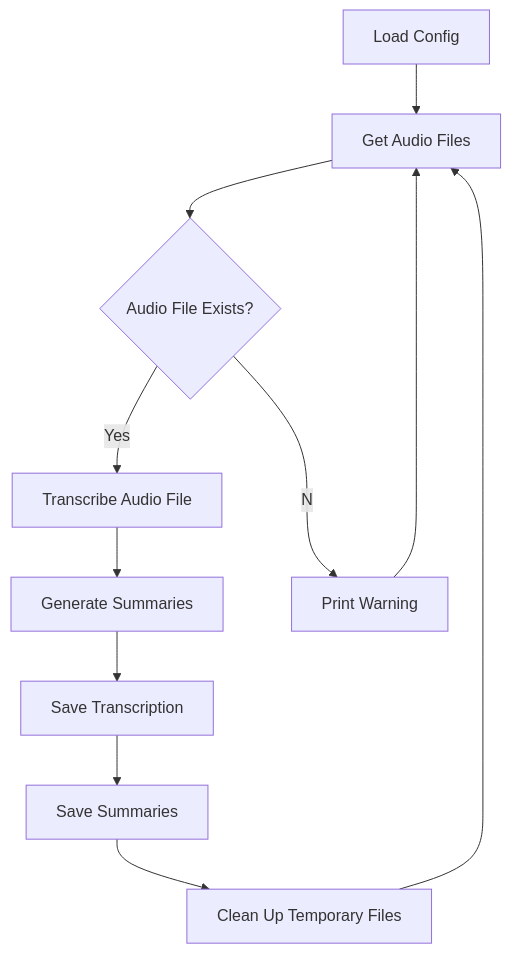
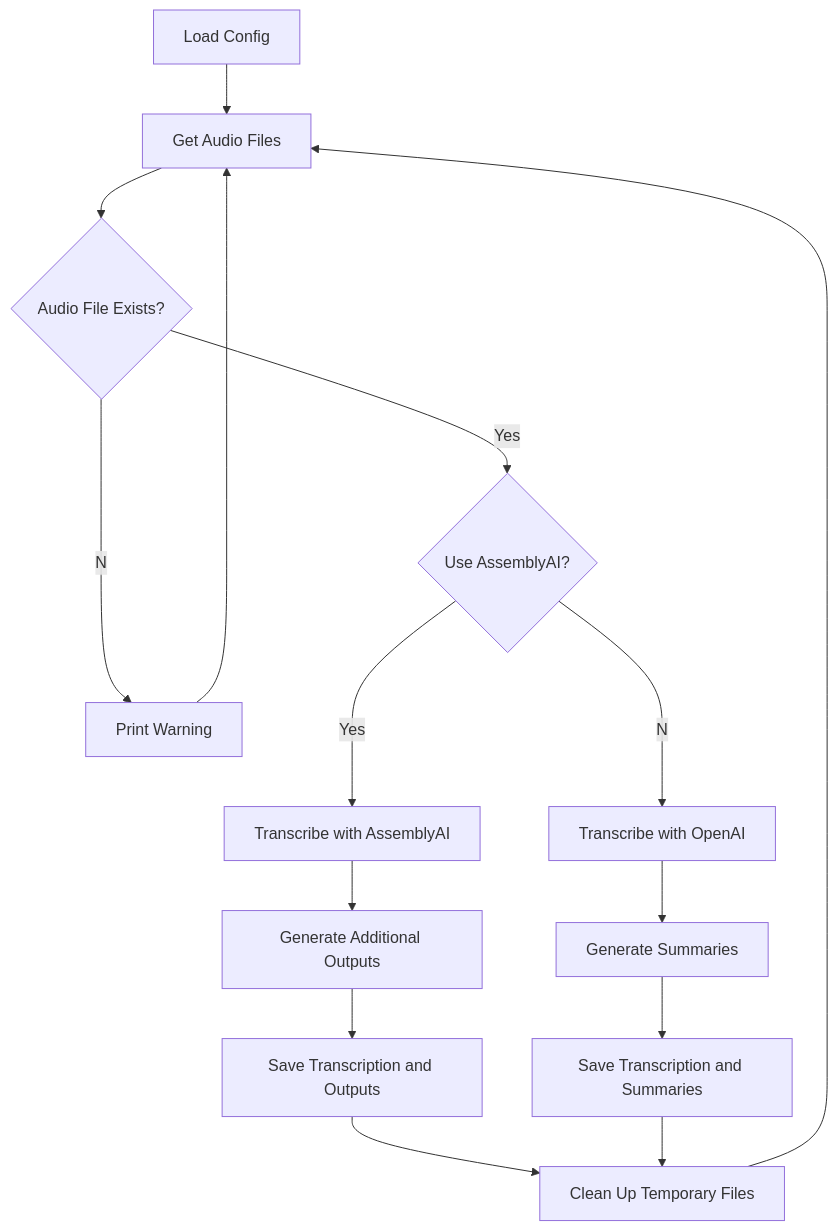
The diagram in README.md (echohello-dev/transcribe-me), drawn with Mermaid before and after one commit. The commit also changed other lines of this file and 8 other files, not shown here.

First line of the commit message:
feat: Integrate AssemblyAI for transcription services

````diff
--- a/README.md
+++ b/README.md
@@ -9,13 +9,17 @@
 ```mermaid
 graph TD
     A[Load Config] --> B[Get Audio Files]
     B --> C{Audio File Exists?}
-    C --Yes--> D[Transcribe Audio File]
-    D --> E[Generate Summaries]
-    E --> F[Save Transcription]
-    F --> G[Save Summaries]
-    G --> H[Clean Up Temporary Files]
-    H --> B
-    C --No--> I[Print Warning]
-    I --> B
+    C --Yes--> D{Use AssemblyAI?}
+    D --Yes--> E[Transcribe with AssemblyAI]
+    D --No--> F[Transcribe with OpenAI]
+    E --> G[Generate Additional Outputs]
+    F --> H[Generate Summaries]
+    G --> I[Save Transcription and Outputs]
+    H --> J[Save Transcription and Summaries]
+    I --> K[Clean Up Temporary Files]
+    J --> K
+    K --> B
+    C --No--> L[Print Warning]
+    L --> B
 ```
````
